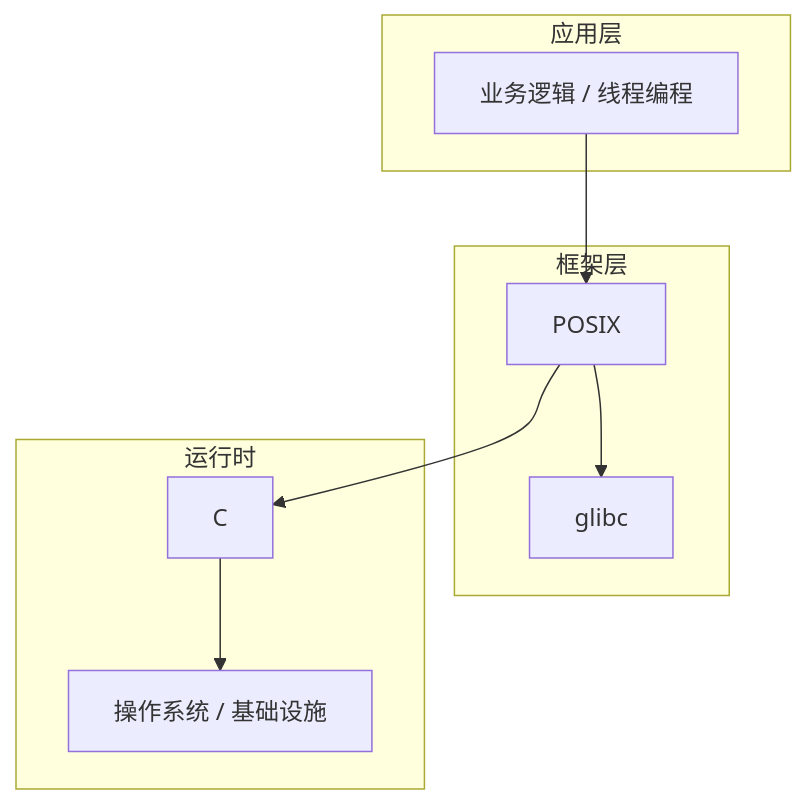
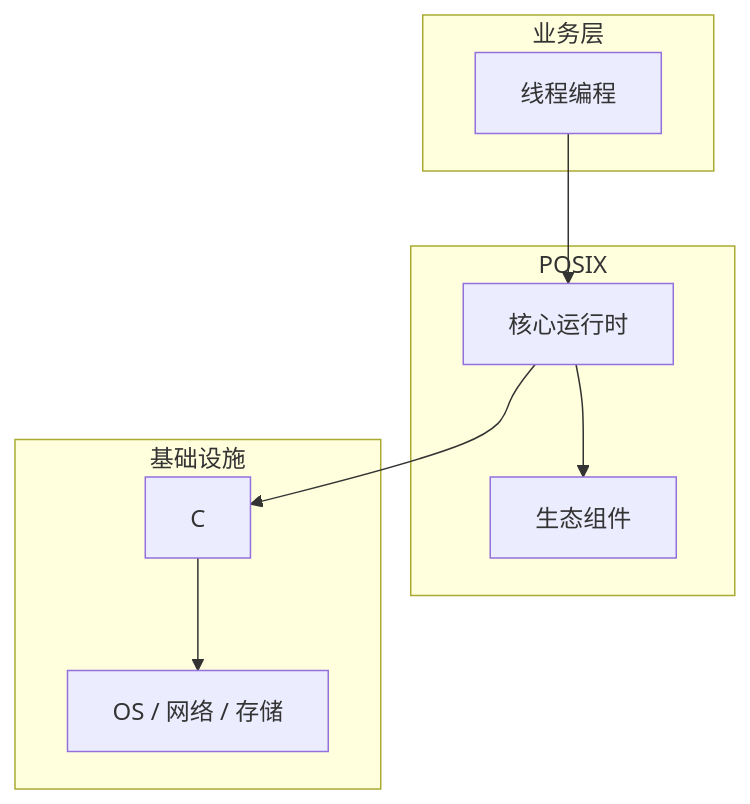
Before and after one commit to yanggan2015/knowledge-json-v2: the diagram in articles/Linux系统编程/chapters/049-线程编程核心概念与原理.md, drawn with Mermaid. The commit also changed other lines of this file and 10127 other files, not shown here.

````diff
--- a/articles/Linux系统编程/chapters/049-线程编程核心概念与原理.md
+++ b/articles/Linux系统编程/chapters/049-线程编程核心概念与原理.md
@@ -45,18 +34,18 @@
 ```mermaid
 graph TB
-    subgraph 应用层
-        A[业务逻辑 / 线程编程]
+    subgraph 业务层
+        A[线程编程]
     end
-    subgraph 框架层
-        B[POSIX]
-        C[glibc]
+    subgraph POSIX
+        B[核心运行时]
+        C[生态组件]
     end
-    subgraph 运行时
+    subgraph 基础设施
         D[C]
-        E[操作系统 / 基础设施]
+        E[OS / 网络 / 存储]
     end
     A --> B
     B --> C
     B --> D
     D --> E
 ```
````
